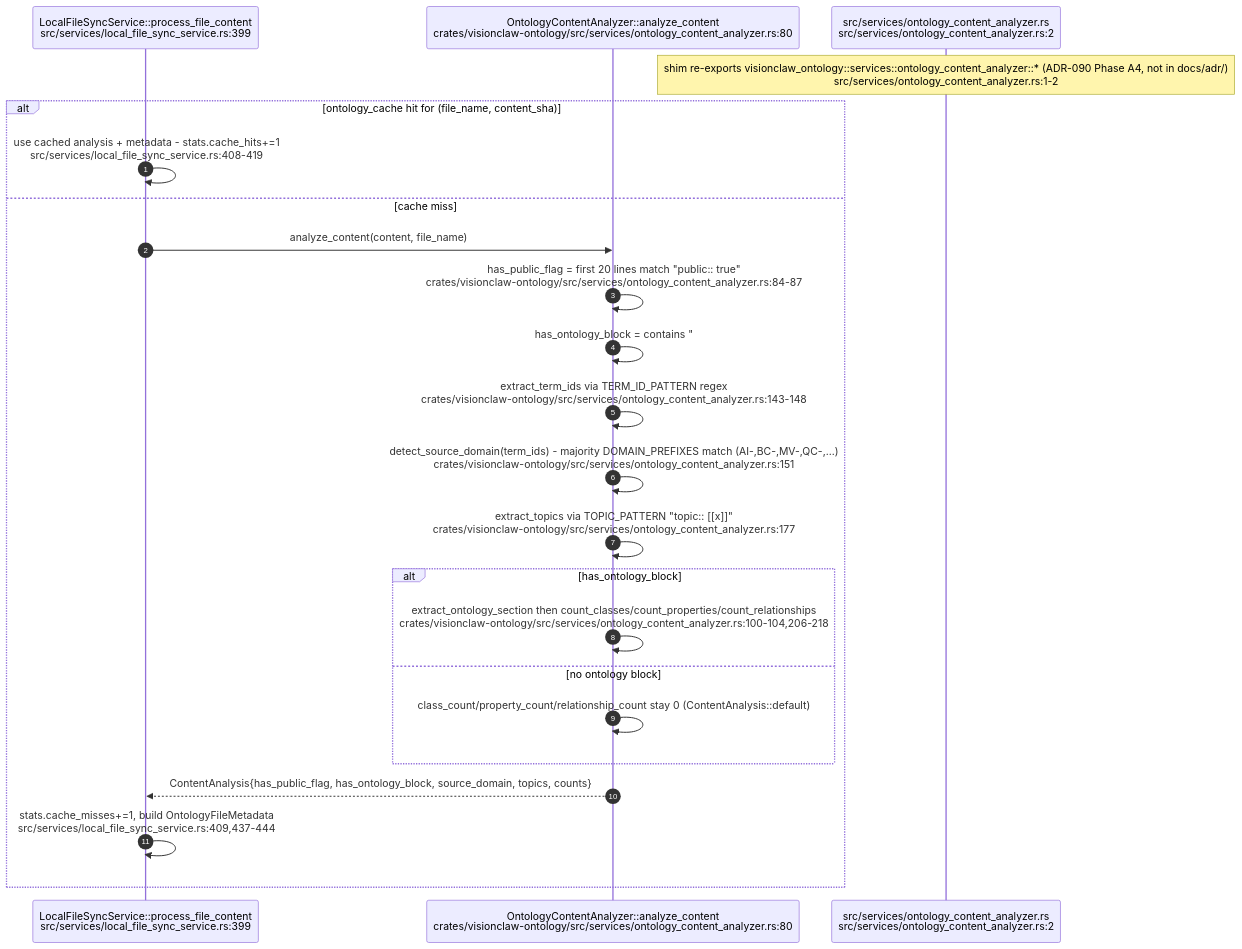
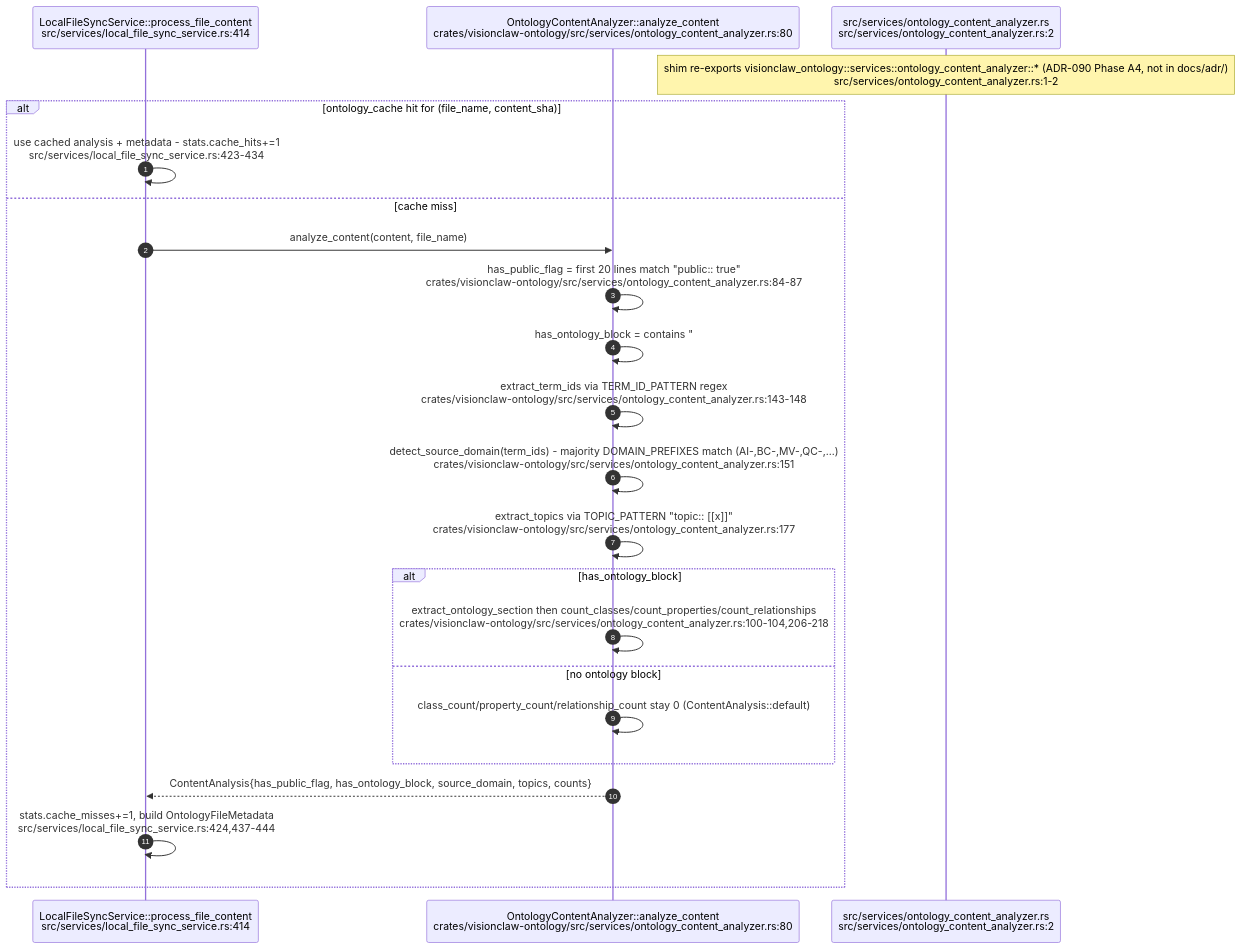
One commit to DreamLab-AI/AR-AI-Knowledge-Graph changed diagram 11 of 13 in docs/diagrams/visionclaw/25-insight-kpi-nlq-semantics.md. Above: the diagram before and after it, drawn with Mermaid. The commit also changed other lines of this file and 73 other files, not shown here.

First line of the commit message:
docs(diagrams): re-verify all 71 topic files against HEAD; add --cite-check

````diff
--- a/docs/diagrams/visionclaw/25-insight-kpi-nlq-semantics.md
+++ b/docs/diagrams/visionclaw/25-insight-kpi-nlq-semantics.md
@@ -449,26 +449,26 @@
 ```mermaid
 sequenceDiagram
     autonumber
-    participant LFS as LocalFileSyncService::process_file_content<br/>src/services/local_file_sync_service.rs:399
+    participant LFS as LocalFileSyncService::process_file_content<br/>src/services/local_file_sync_service.rs:414
     participant OCA as OntologyContentAnalyzer::analyze_content<br/>crates/visionclaw-ontology/src/services/ontology_content_analyzer.rs:80
     participant Shim as src/services/ontology_content_analyzer.rs<br/>src/services/ontology_content_analyzer.rs:2
 
     Note over Shim: shim re-exports visionclaw_ontology::services::ontology_content_analyzer::* (ADR-090 Phase A4, not in docs/adr/)<br/>src/services/ontology_content_analyzer.rs:1-2
     alt ontology_cache hit for (file_name, content_sha)
-        LFS->>LFS: use cached analysis + metadata - stats.cache_hits+=1<br/>src/services/local_file_sync_service.rs:408-419
+        LFS->>LFS: use cached analysis + metadata - stats.cache_hits+=1<br/>src/services/local_file_sync_service.rs:423-434
     else cache miss
         LFS->>OCA: analyze_content(content, file_name)
         OCA->>OCA: has_public_flag = first 20 lines match "public:: true"<br/>crates/visionclaw-ontology/src/services/ontology_content_analyzer.rs:84-87
         OCA->>OCA: has_ontology_block = contains "### OntologyBlock"<br/>crates/visionclaw-ontology/src/services/ontology_content_analyzer.rs:123-125
         OCA->>OCA: extract_term_ids via TERM_ID_PATTERN regex<br/>crates/visionclaw-ontology/src/services/ontology_content_analyzer.rs:143-148
         OCA->>OCA: detect_source_domain(term_ids) - majority DOMAIN_PREFIXES match (AI-,BC-,MV-,QC-,...)<br/>crates/visionclaw-ontology/src/services/ontology_content_analyzer.rs:151
         OCA->>OCA: extract_topics via TOPIC_PATTERN "topic:: [[x]]"<br/>crates/visionclaw-ontology/src/services/ontology_content_analyzer.rs:177
         alt has_ontology_block
             OCA->>OCA: extract_ontology_section then count_classes/count_properties/count_relationships<br/>crates/visionclaw-ontology/src/services/ontology_content_analyzer.rs:100-104,206-218
         else no ontology block
             OCA->>OCA: class_count/property_count/relationship_count stay 0 (ContentAnalysis::default)
         end
         OCA-->>LFS: ContentAnalysis{has_public_flag, has_ontology_block, source_domain, topics, counts}
-        LFS->>LFS: stats.cache_misses+=1, build OntologyFileMetadata<br/>src/services/local_file_sync_service.rs:409,437-444
+        LFS->>LFS: stats.cache_misses+=1, build OntologyFileMetadata<br/>src/services/local_file_sync_service.rs:424,437-444
     end
 ```
````
